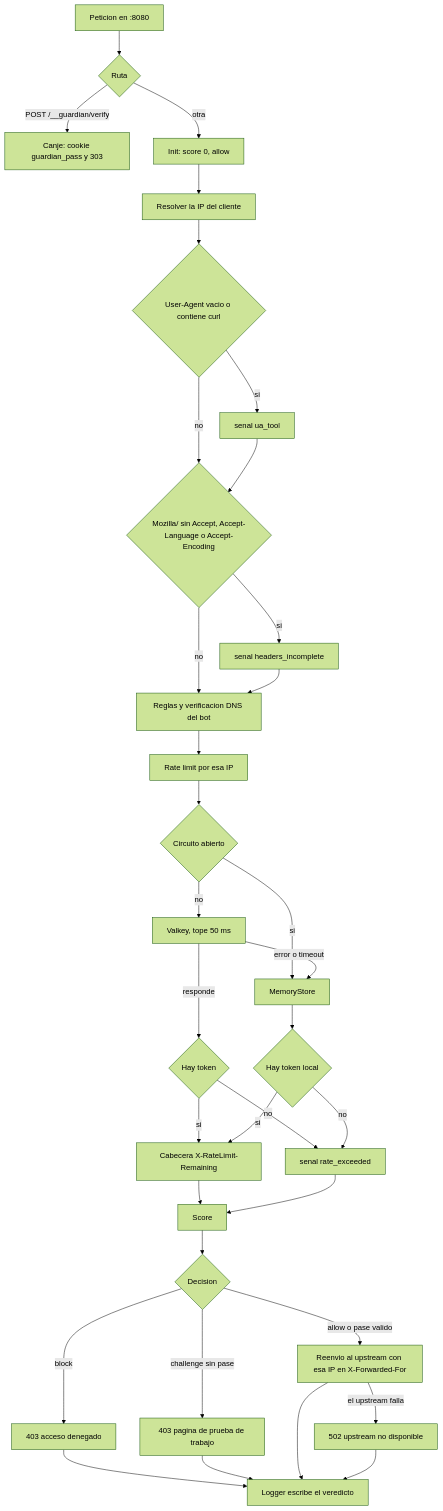
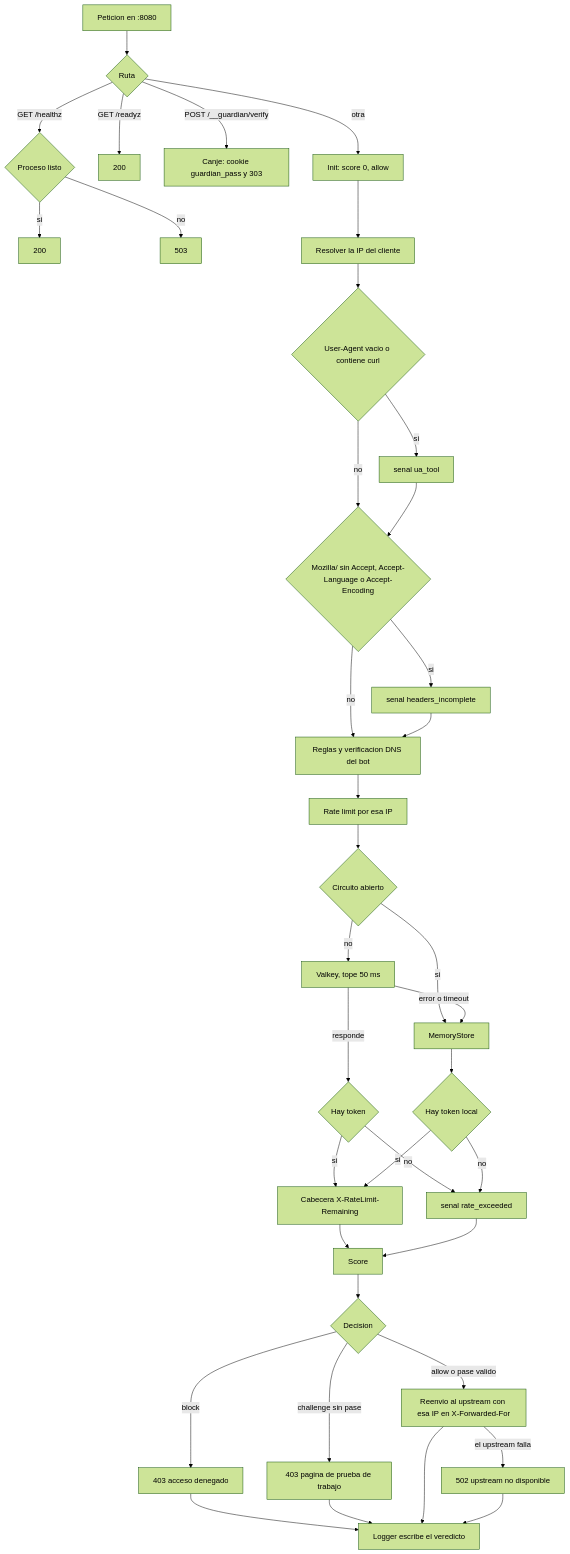
Before and after one commit to fharias/guardian-scrapy: the sixth of 7 diagrams in README.md, drawn with Mermaid (forest theme). The commit also changed other lines of this file, not shown here.

````diff
--- a/README.md
+++ b/README.md
@@ -166,38 +168,42 @@
 ```mermaid
 flowchart TD
   inicio[Peticion en :8080] --> ruta{Ruta}
+  ruta -->|GET /healthz| hz{Proceso listo}
+  hz -->|si| h200[200]
+  hz -->|no| h503[503]
+  ruta -->|GET /readyz| r200[200]
   ruta -->|POST /__guardian/verify| canje["Canje: cookie guardian_pass y 303"]
   ruta -->|otra| init["Init: score 0, allow"]
   init --> ipres[Resolver la IP del cliente]
   ipres --> ua{User-Agent vacio o contiene curl}
   ua -->|si| tool[senal ua_tool]
   ua -->|no| fp
   tool --> fp{Mozilla/ sin Accept, Accept-Language o Accept-Encoding}
   fp -->|si| incompletas[senal headers_incomplete]
   fp -->|no| rules
   incompletas --> rules[Reglas y verificacion DNS del bot]
   rules --> limite[Rate limit por esa IP]
 
   limite --> circuito{Circuito abierto}
   circuito -->|si| local[MemoryStore]
   circuito -->|no| valkey["Valkey, tope 50 ms"]
   valkey -->|responde| cupo{Hay token}
   valkey -->|error o timeout| local
   cupo -->|si| restante[Cabecera X-RateLimit-Remaining]
   cupo -->|no| p100[senal rate_exceeded]
   local --> cupoLocal{Hay token local}
   cupoLocal -->|si| restante
   cupoLocal -->|no| p100
 
   restante --> score[Score]
   p100 --> score
   score --> decision{Decision}
   decision -->|block| r403["403 acceso denegado"]
   decision -->|challenge sin pase| pagina["403 pagina de prueba de trabajo"]
   decision -->|allow o pase valido| origen["Reenvio al upstream con esa IP en X-Forwarded-For"]
   origen -->|el upstream falla| r502["502 upstream no disponible"]
   r403 --> registro[Logger escribe el veredicto]
   pagina --> registro
   origen --> registro
   r502 --> registro
 ```
````
